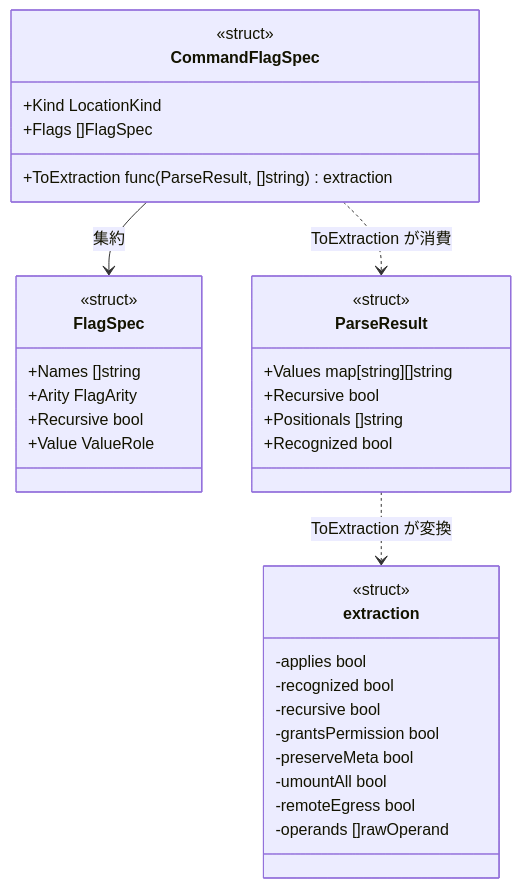
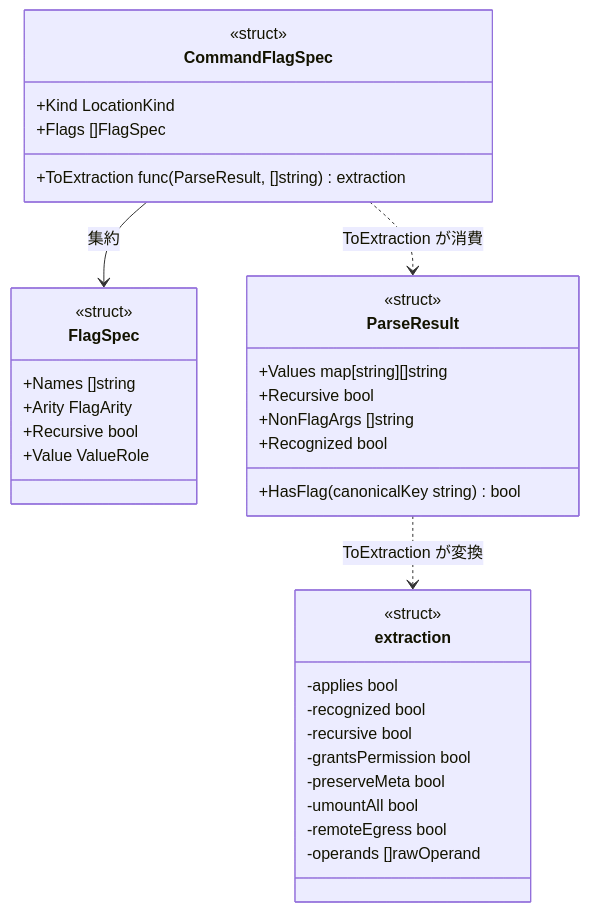
Before and after one commit to isseis/go-safe-cmd-runner: the fourth of 6 diagrams in docs/tasks/0144_declarative_operand_extraction/02_architecture.md, drawn with Mermaid. The commit also changed other lines of this file, not shown here.

First line of the commit message:
docs(0144): bool-flag ValueRole check, presence helper, NonFlagArgs rename

````diff
--- a/docs/tasks/0144_declarative_operand_extraction/02_architecture.md
+++ b/docs/tasks/0144_declarative_operand_extraction/02_architecture.md
@@ -272,38 +277,39 @@
 ```mermaid
 classDiagram
     class CommandFlagSpec {
         <<struct>>
         +Kind LocationKind
         +Flags []FlagSpec
         +ToExtraction func(ParseResult, []string) extraction
     }
     class FlagSpec {
         <<struct>>
         +Names []string
         +Arity FlagArity
         +Recursive bool
         +Value ValueRole
     }
     class ParseResult {
         <<struct>>
         +Values map[string][]string
         +Recursive bool
-        +Positionals []string
+        +NonFlagArgs []string
         +Recognized bool
+        +HasFlag(canonicalKey string) bool
     }
     class extraction {
         <<struct>>
         -applies bool
         -recognized bool
         -recursive bool
         -grantsPermission bool
         -preserveMeta bool
         -umountAll bool
         -remoteEgress bool
         -operands []rawOperand
     }
 
     CommandFlagSpec --> FlagSpec : 集約
     CommandFlagSpec ..> ParseResult : ToExtraction が消費
     ParseResult ..> extraction : ToExtraction が変換
 ```
````
